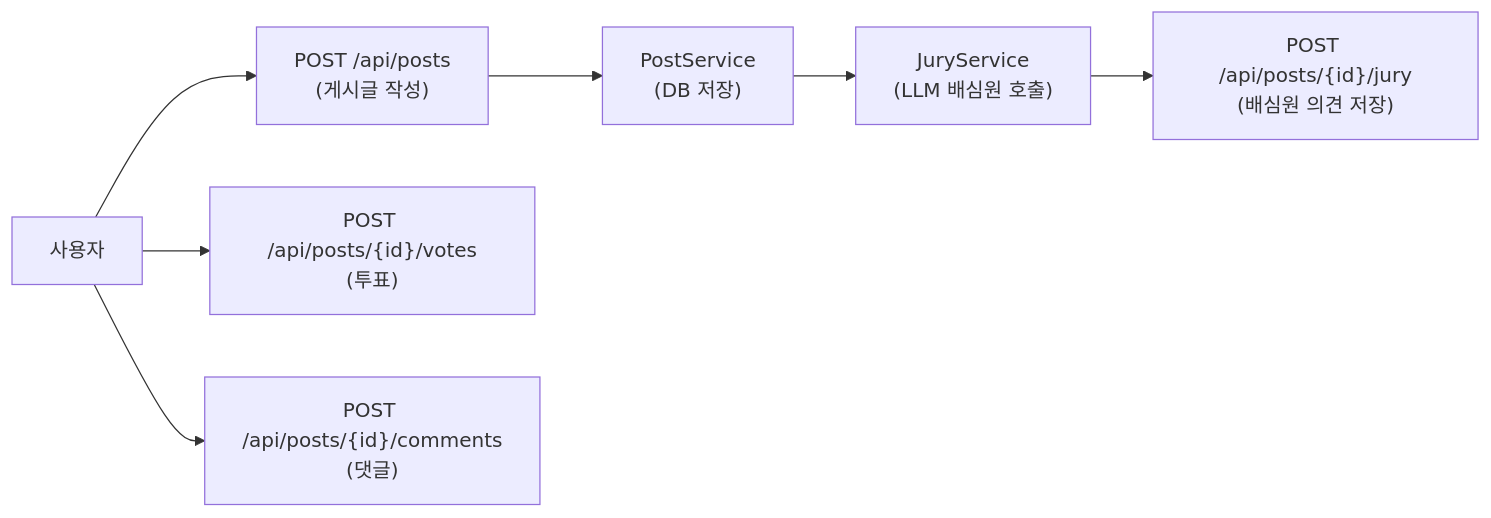
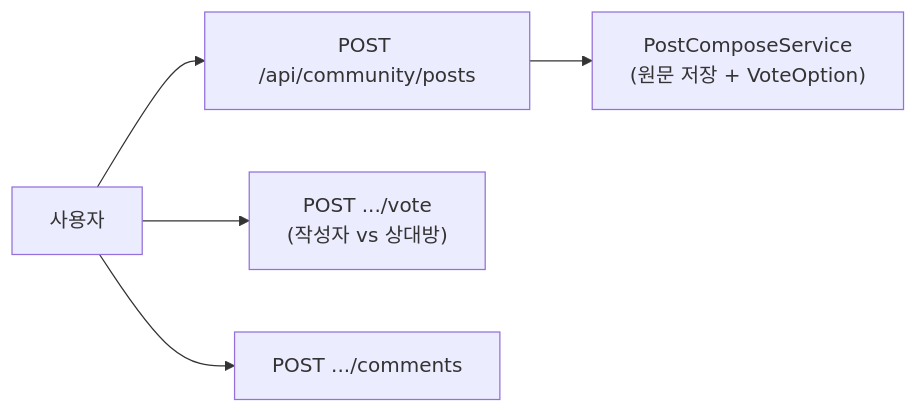
Before and after one commit to Justant-source/Again-Spring: the second of 2 diagrams in docs/backend/architecture.md, drawn with Mermaid. The commit also changed other lines of this file and 116 other files, not shown here.

First line of the commit message:
remove unused AI jury feature and align docs with community empathy product

````diff
--- a/docs/backend/architecture.md
+++ b/docs/backend/architecture.md
@@ -93,16 +93,12 @@
 ```mermaid
 flowchart LR
     Client["사용자"]
-    Post["POST /api/posts<br/>(게시글 작성)"]
-    Save["PostService<br/>(DB 저장)"]
-    LLM["JuryService<br/>(LLM 배심원 호출)"]
-    Jury["POST /api/posts/{id}/jury<br/>(배심원 의견 저장)"]
-    Vote["POST /api/posts/{id}/votes<br/>(투표)"]
-    Comment["POST /api/posts/{id}/comments<br/>(댓글)"]
-    
+    Post["POST /api/community/posts"]
+    Save["PostComposeService<br/>(원문 저장 + VoteOption)"]
+    Vote["POST .../vote<br/>(작성자 vs 상대방)"]
+    Comment["POST .../comments"]
+
     Client --> Post --> Save
-    Save --> LLM
-    LLM --> Jury
     Client --> Vote
     Client --> Comment
 ```
````
